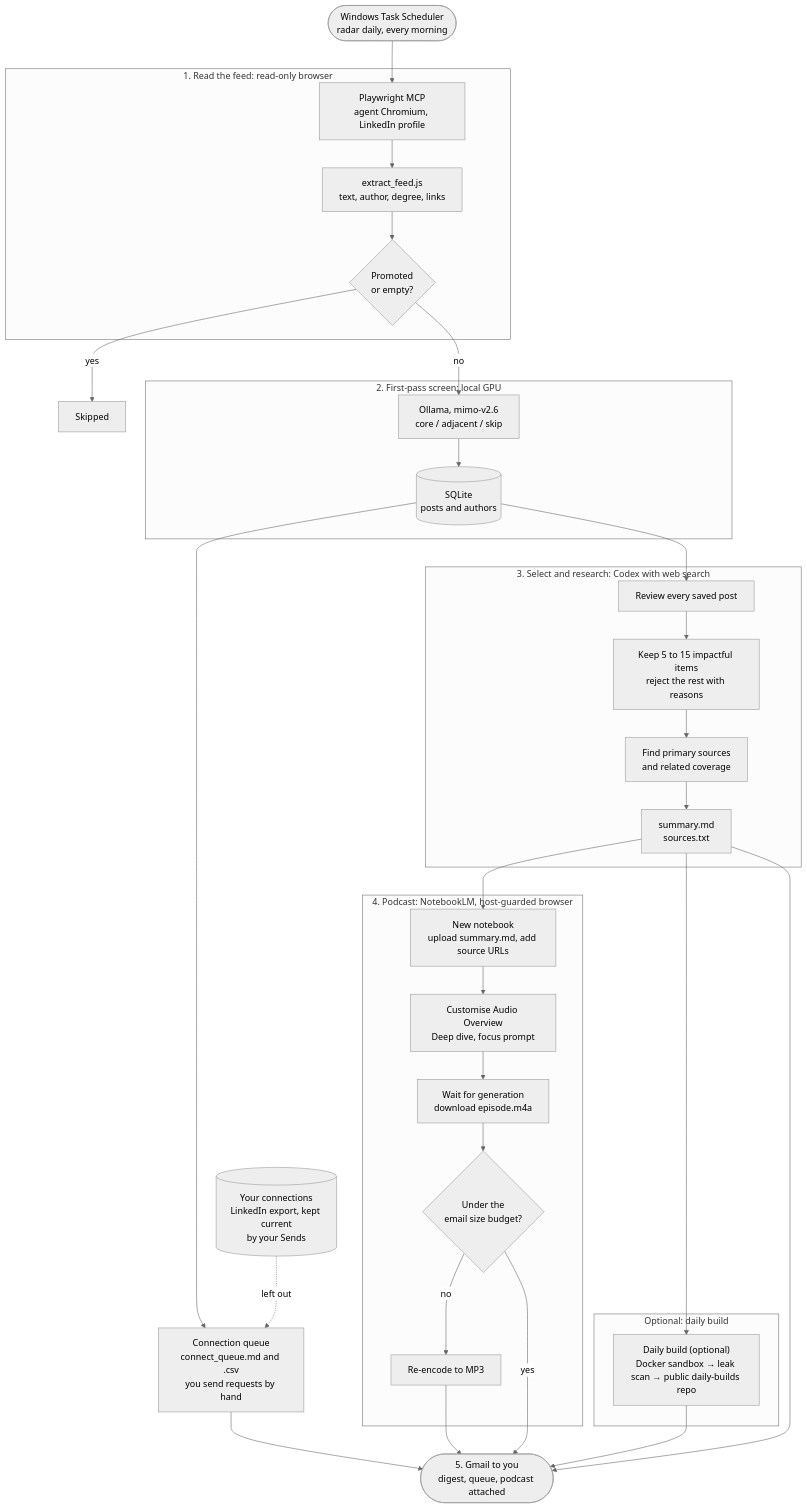
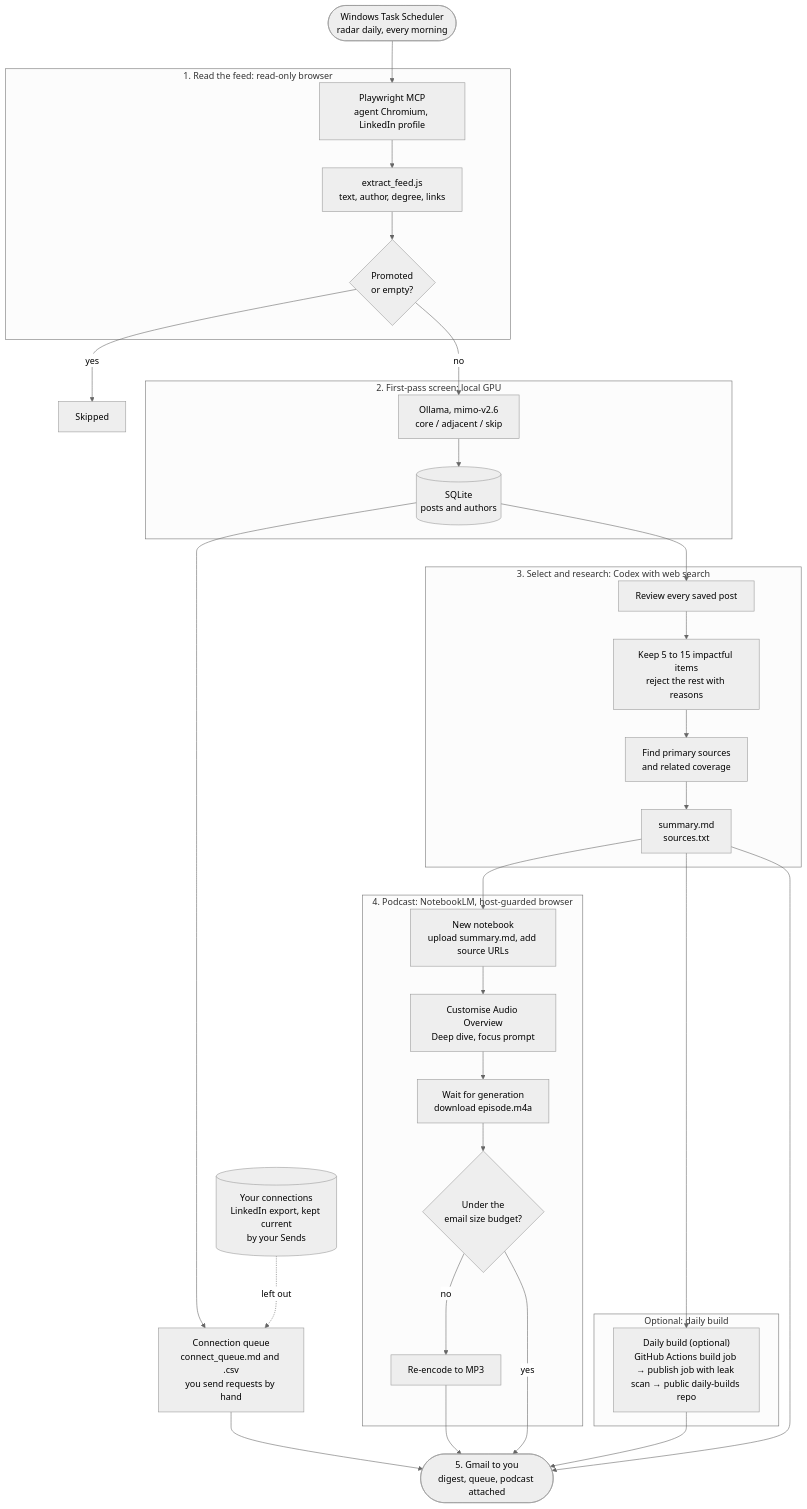
The diagram in README.md (AbrarFaiyad/research-radar), drawn with Mermaid (neutral theme) before and after one commit. The commit also changed other lines of this file and 8 other files, not shown here.

Commit message:
Builds: Actions checks, panel, email, docs

````diff
--- a/README.md
+++ b/README.md
@@ -31,46 +31,46 @@
 ```mermaid
 flowchart TD
     T(["Windows Task Scheduler<br/>radar daily, every morning"]) --> S1
 
     subgraph SCAN["1. Read the feed: read-only browser"]
         S1["Playwright MCP<br/>agent Chromium, LinkedIn profile"] --> S2["extract_feed.js<br/>text, author, degree, links"]
         S2 --> S3{"Promoted<br/>or empty?"}
     end
 
     S3 -- yes --> DROP["Skipped"]
     S3 -- no --> L1
 
     subgraph SCREEN["2. First-pass screen: local GPU"]
         L1["Ollama, mimo-v2.6<br/>core / adjacent / skip"] --> DB[("SQLite<br/>posts and authors")]
     end
 
     DB --> Q["Connection queue<br/>connect_queue.md and .csv<br/>you send requests by hand"]
     CX[("Your connections<br/>LinkedIn export, kept current<br/>by your Sends")] -. left out .-> Q
     DB --> C1
 
     subgraph RESEARCH["3. Select and research: Codex with web search"]
         C1["Review every saved post"] --> C2["Keep 5 to 15 impactful items<br/>reject the rest with reasons"]
         C2 --> C3["Find primary sources<br/>and related coverage"]
         C3 --> C4["summary.md<br/>sources.txt"]
     end
 
     subgraph PODCAST["4. Podcast: NotebookLM, host-guarded browser"]
         N1["New notebook<br/>upload summary.md, add source URLs"] --> N2["Customise Audio Overview<br/>Deep dive, focus prompt"]
         N2 --> N3["Wait for generation<br/>download episode.m4a"]
         N3 --> N4{"Under the<br/>email size budget?"}
         N4 -- no --> N5["Re-encode to MP3"]
     end
 
     subgraph BUILD["Optional: daily build"]
-        B1["Daily build (optional)<br/>Docker sandbox → leak scan → public daily-builds repo"]
+        B1["Daily build (optional)<br/>GitHub Actions build job → publish job with leak scan → public daily-builds repo"]
     end
 
     C4 --> N1
     C4 --> B1
     C4 --> E1
     Q --> E1
     N4 -- yes --> E1
     N5 --> E1
     B1 --> E1
     E1(["5. Gmail to you<br/>digest, queue, podcast attached"])
 ```
````
